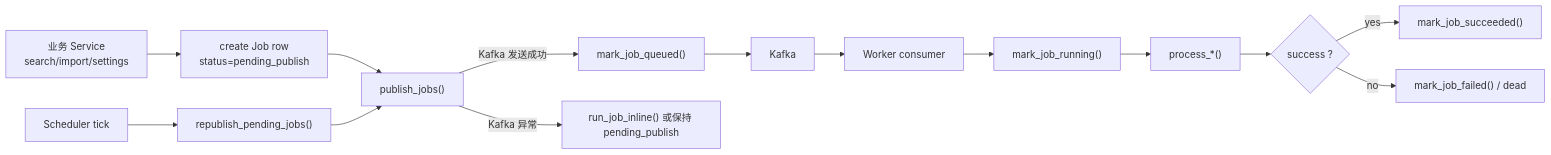
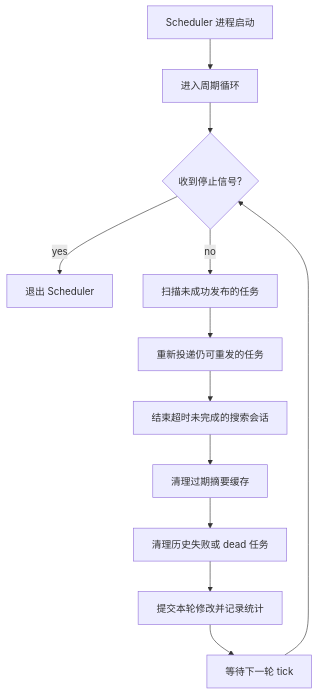
Diagram 12 of 17 in docs/system-architecture.md (jiyue333/notebooklm), drawn with Mermaid before and after one commit. The commit also changed other lines of this file and 59 other files, not shown here.

````diff
--- a/docs/system-architecture.md
+++ b/docs/system-architecture.md
@@ -364,18 +575,14 @@
 ```mermaid
-flowchart LR
-    A["业务 Service<br/>search/import/settings"] --> B["create Job row<br/>status=pending_publish"]
-    B --> C["publish_jobs()"]
-    C -->|"Kafka 发送成功"| D["mark_job_queued()"]
-    C -->|"Kafka 异常"| E["run_job_inline() 或保持 pending_publish"]
-
-    D --> F["Kafka"]
-    F --> G["Worker consumer"]
-    G --> H["mark_job_running()"]
-    H --> I["process_*()"]
-    I --> J{"success ?"}
-    J -- "yes" --> K["mark_job_succeeded()"]
-    J -- "no" --> L["mark_job_failed() / dead"]
-
-    M["Scheduler tick"] --> N["republish_pending_jobs()"]
-    N --> C
+flowchart TD
+    A["Scheduler 进程启动"] --> B["进入周期循环"]
+    B --> C{"收到停止信号?"}
+    C -->|"yes"| D["退出 Scheduler"]
+    C -->|"no"| E["扫描未成功发布的任务"]
+    E --> F["重新投递仍可重发的任务"]
+    F --> G["结束超时未完成的搜索会话"]
+    G --> H["清理过期摘要缓存"]
+    H --> I["清理历史失败或 dead 任务"]
+    I --> J["提交本轮修改并记录统计"]
+    J --> K["等待下一轮 tick"]
+    K --> C
 ```
````
